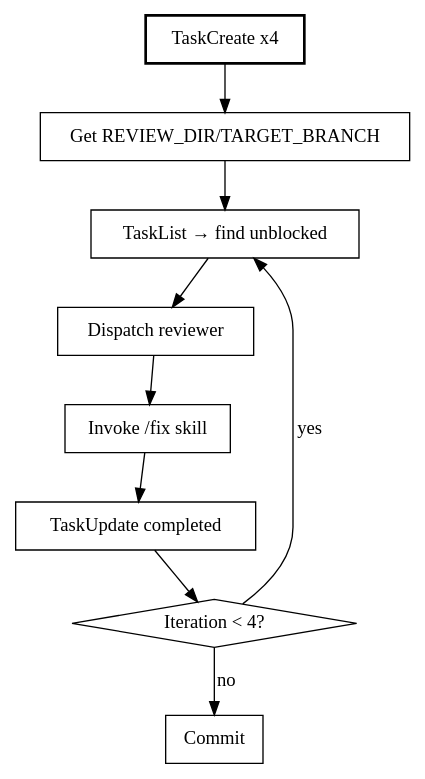
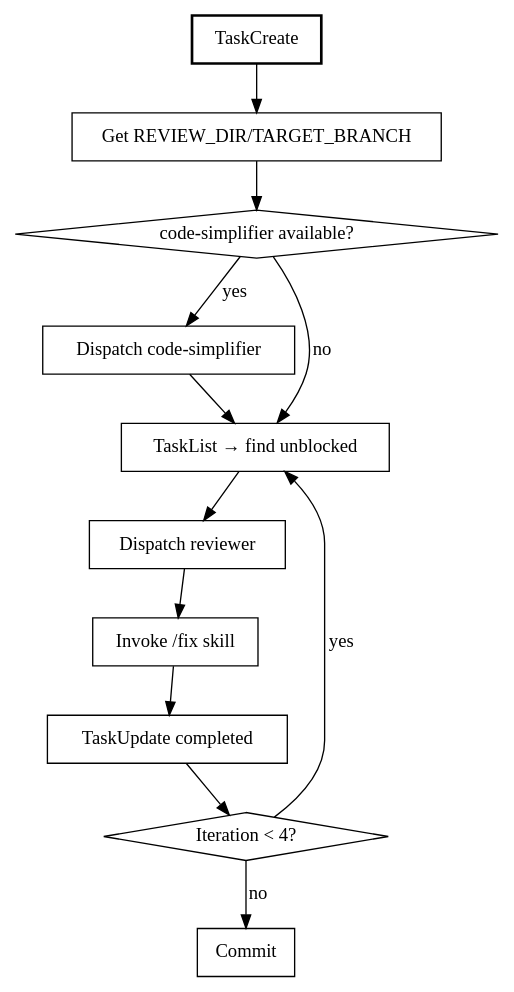
Before and after one commit to onsails/cc: the diagram in review-loop/skills/review-loop/SKILL.md, drawn with Graphviz. The commit also changed other lines of this file and 3 other files, not shown here.

First line of the commit message:
feat(review-loop): add optional code-simplifier pre-pass

````diff
--- a/review-loop/skills/review-loop/SKILL.md
+++ b/review-loop/skills/review-loop/SKILL.md
@@ -40,22 +65,27 @@
 ```dot
 digraph review_loop {
     rankdir=TB;
-    "TaskCreate x4" [shape=box, style=bold];
+    "TaskCreate" [shape=box, style=bold];
     "Get REVIEW_DIR/TARGET_BRANCH" [shape=box];
+    "code-simplifier available?" [shape=diamond];
+    "Dispatch code-simplifier" [shape=box];
     "TaskList → find unblocked" [shape=box];
     "Dispatch reviewer" [shape=box];
     "Invoke /fix skill" [shape=box];
     "TaskUpdate completed" [shape=box];
     "Iteration < 4?" [shape=diamond];
     "Commit" [shape=box];
 
-    "TaskCreate x4" -> "Get REVIEW_DIR/TARGET_BRANCH";
-    "Get REVIEW_DIR/TARGET_BRANCH" -> "TaskList → find unblocked";
+    "TaskCreate" -> "Get REVIEW_DIR/TARGET_BRANCH";
+    "Get REVIEW_DIR/TARGET_BRANCH" -> "code-simplifier available?";
+    "code-simplifier available?" -> "Dispatch code-simplifier" [label="yes"];
+    "code-simplifier available?" -> "TaskList → find unblocked" [label="no"];
+    "Dispatch code-simplifier" -> "TaskList → find unblocked";
     "TaskList → find unblocked" -> "Dispatch reviewer";
     "Dispatch reviewer" -> "Invoke /fix skill";
     "Invoke /fix skill" -> "TaskUpdate completed";
     "TaskUpdate completed" -> "Iteration < 4?";
     "Iteration < 4?" -> "TaskList → find unblocked" [label="yes"];
     "Iteration < 4?" -> "Commit" [label="no"];
 }
 ```
````
